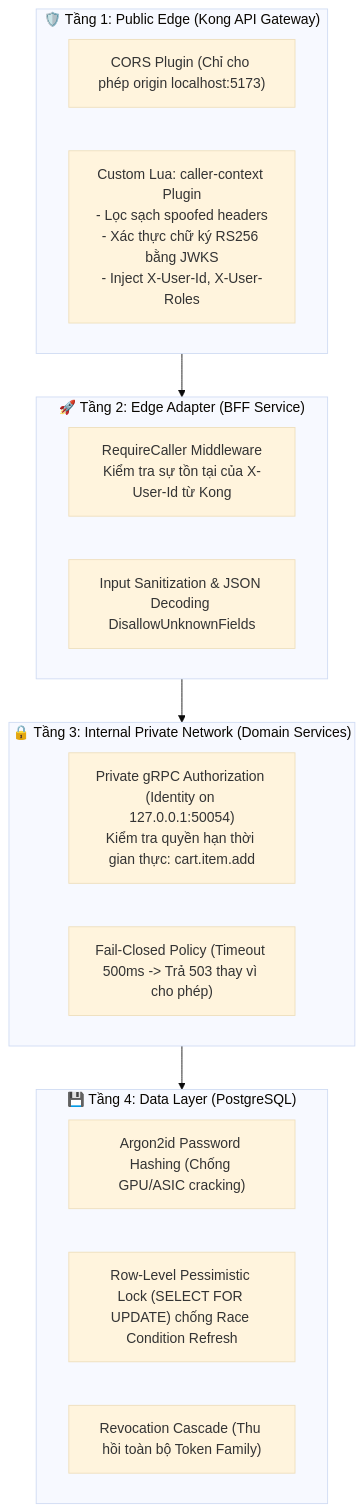
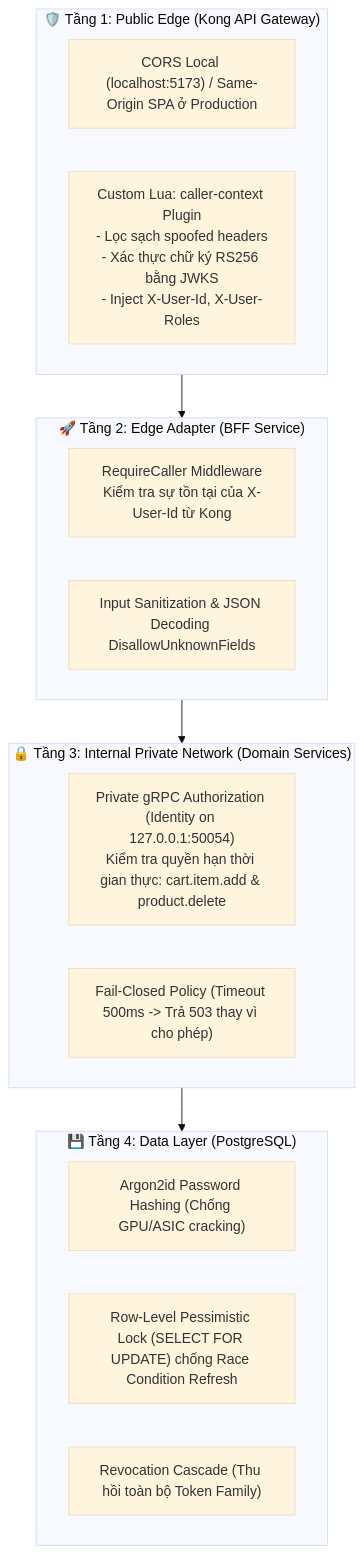
The first of 4 diagrams in docs/architecture-evaluation/02-bao-mat-xac-thuc-va-api-gateway.md (tuoitho/dreamshop), drawn with Mermaid (base theme) before and after one commit. The commit also changed other lines of this file and 40 other files, not shown here.

````diff
--- a/docs/architecture-evaluation/02-bao-mat-xac-thuc-va-api-gateway.md
+++ b/docs/architecture-evaluation/02-bao-mat-xac-thuc-va-api-gateway.md
@@ -11,25 +11,25 @@
 ```mermaid
 flowchart TD
     subgraph Layer1["🛡️ Tầng 1: Public Edge (Kong API Gateway)"]
-        L1_CORS["CORS Plugin (Chỉ cho phép origin localhost:5173)"]
+        L1_CORS["CORS Local (localhost:5173) / Same-Origin SPA ở Production"]
         L1_Lua["Custom Lua: caller-context Plugin\n- Lọc sạch spoofed headers\n- Xác thực chữ ký RS256 bằng JWKS\n- Inject X-User-Id, X-User-Roles"]
     end
 
     subgraph Layer2["🚀 Tầng 2: Edge Adapter (BFF Service)"]
         L2_Auth["RequireCaller Middleware\nKiểm tra sự tồn tại của X-User-Id từ Kong"]
         L2_Sanitize["Input Sanitization & JSON Decoding DisallowUnknownFields"]
     end
 
     subgraph Layer3["🔒 Tầng 3: Internal Private Network (Domain Services)"]
-        L3_gRPC["Private gRPC Authorization (Identity on 127.0.0.1:50054)\nKiểm tra quyền hạn thời gian thực: cart.item.add"]
+        L3_gRPC["Private gRPC Authorization (Identity on 127.0.0.1:50054)\nKiểm tra quyền hạn thời gian thực: cart.item.add & product.delete"]
         L3_FailClosed["Fail-Closed Policy (Timeout 500ms -> Trả 503 thay vì cho phép)"]
     end
 
     subgraph Layer4["💾 Tầng 4: Data Layer (PostgreSQL)"]
         L4_Hash["Argon2id Password Hashing (Chống GPU/ASIC cracking)"]
         L4_RTR["Row-Level Pessimistic Lock (SELECT FOR UPDATE) chống Race Condition Refresh"]
         L4_Family["Revocation Cascade (Thu hồi toàn bộ Token Family)"]
     end
 
     Layer1 --> Layer2 --> Layer3 --> Layer4
 ```
````
